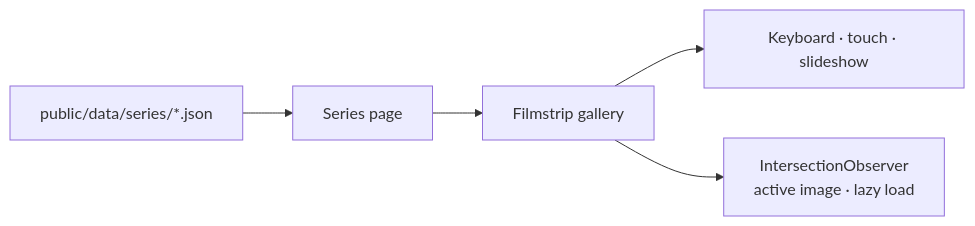
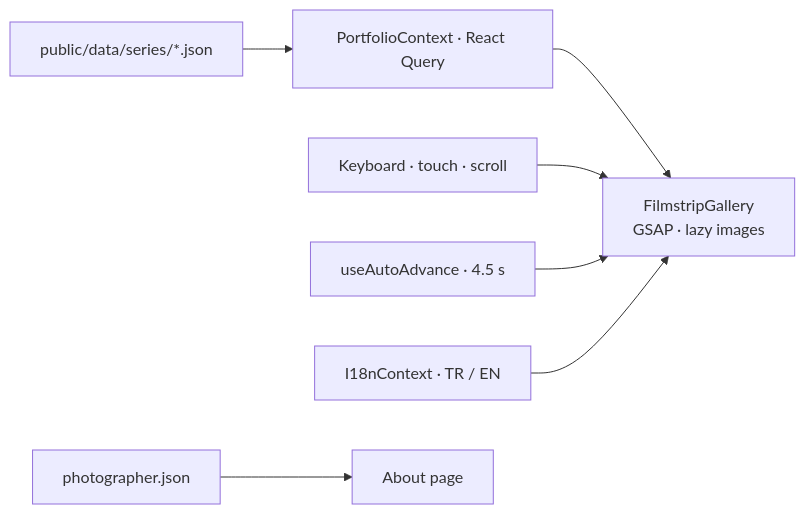
Before and after one commit to kutluhangil/HarryPotterAlbums: the diagram in README.md, drawn with Mermaid. The commit also changed other lines of this file and 3 other files, not shown here.

````diff
--- a/README.md
+++ b/README.md
@@ -33,7 +45,9 @@
 ```mermaid
 flowchart LR
-  J[public/data/series/*.json] --> S[Series page]
-  S --> F[Filmstrip gallery]
-  F --> K[Keyboard · touch · slideshow]
-  F --> IO[IntersectionObserver<br/>active image · lazy load]
+  J[public/data/series/*.json] --> CTX[PortfolioContext · React Query]
+  CTX --> G[FilmstripGallery<br/>GSAP · lazy images]
+  K[Keyboard · touch · scroll] --> G
+  A[useAutoAdvance · 4.5 s] --> G
+  I18N[I18nContext · TR / EN] --> G
+  P[photographer.json] --> AB[About page]
 ```
````
